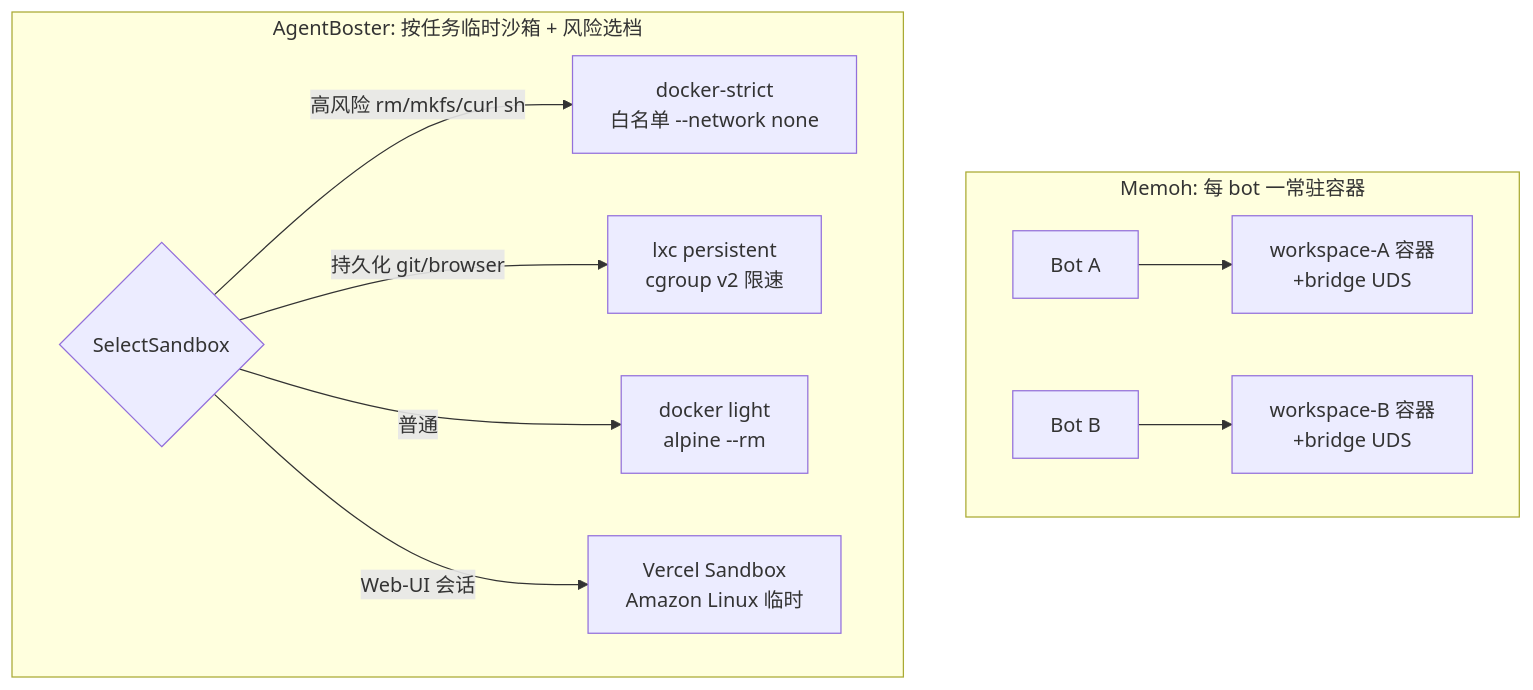
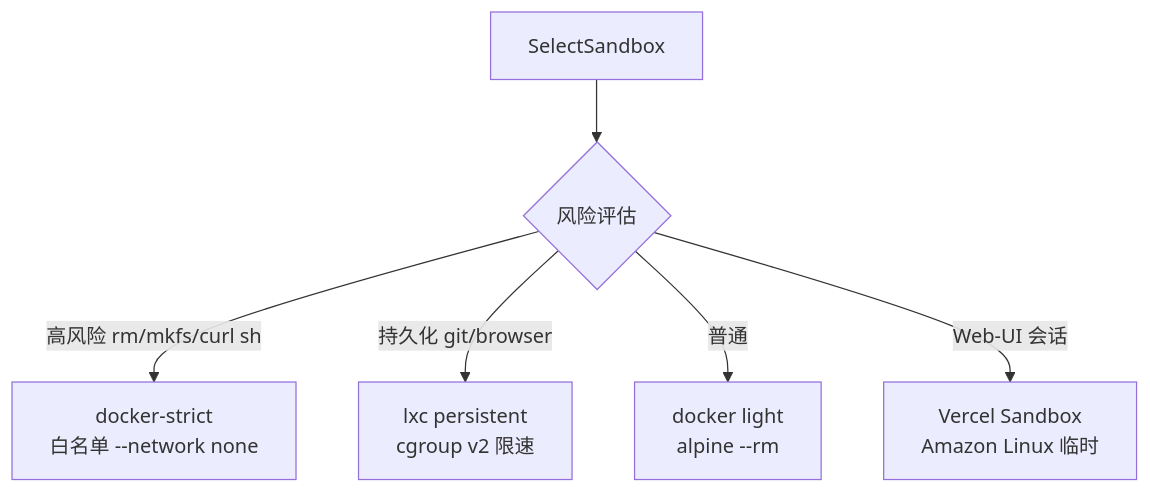
Before and after one commit to NekoSekaiMoe/agentboster: diagram 12 of 32 in docs/memoh-vs-agentboster.md, drawn with Mermaid. The commit also changed other lines of this file, not shown here.

````diff
--- a/docs/memoh-vs-agentboster.md
+++ b/docs/memoh-vs-agentboster.md
@@ -142,14 +180,8 @@
 ```mermaid
 flowchart TB
-    subgraph Memoh["Memoh: 每 bot 一常驻容器"]
-        MB1["Bot A"] --> MC1["workspace-A 容器<br/>+bridge UDS"]
-        MB2["Bot B"] --> MC2["workspace-B 容器<br/>+bridge UDS"]
-    end
-    subgraph AgentBoster["AgentBoster: 按任务临时沙箱 + 风险选档"]
-        ARisk{"SelectSandbox"}
-        ARisk -->|高风险 rm/mkfs/curl sh| AD["docker-strict<br/>白名单 --network none"]
-        ARisk -->|持久化 git/browser| AL["lxc persistent<br/>cgroup v2 限速"]
-        ARisk -->|普通| ADL["docker light<br/>alpine --rm"]
-        ARisk -->|Web-UI 会话| AV["Vercel Sandbox<br/>Amazon Linux 临时"]
-    end
+    B1["SelectSandbox"] --> B2{风险评估}
+    B2 -->|高风险 rm/mkfs/curl sh| B3["docker-strict<br/>白名单 --network none"]
+    B2 -->|持久化 git/browser| B4["lxc persistent<br/>cgroup v2 限速"]
+    B2 -->|普通| B5["docker light<br/>alpine --rm"]
+    B2 -->|Web-UI 会话| B6["Vercel Sandbox<br/>Amazon Linux 临时"]
 ```
````
